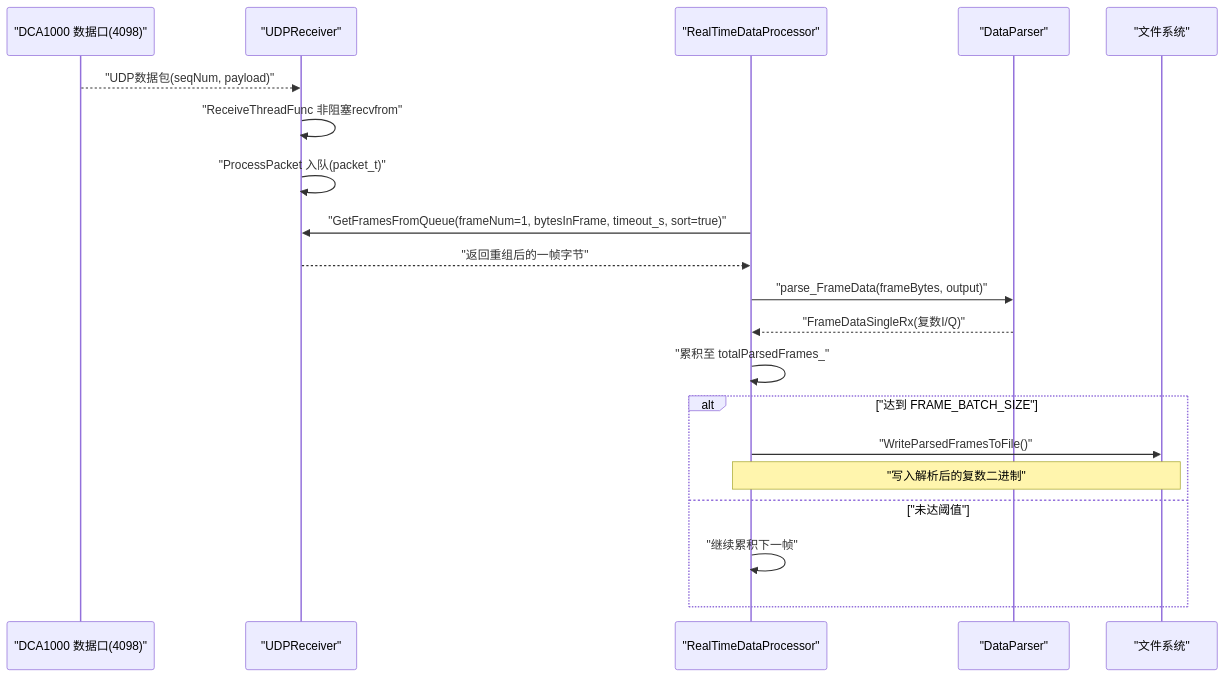
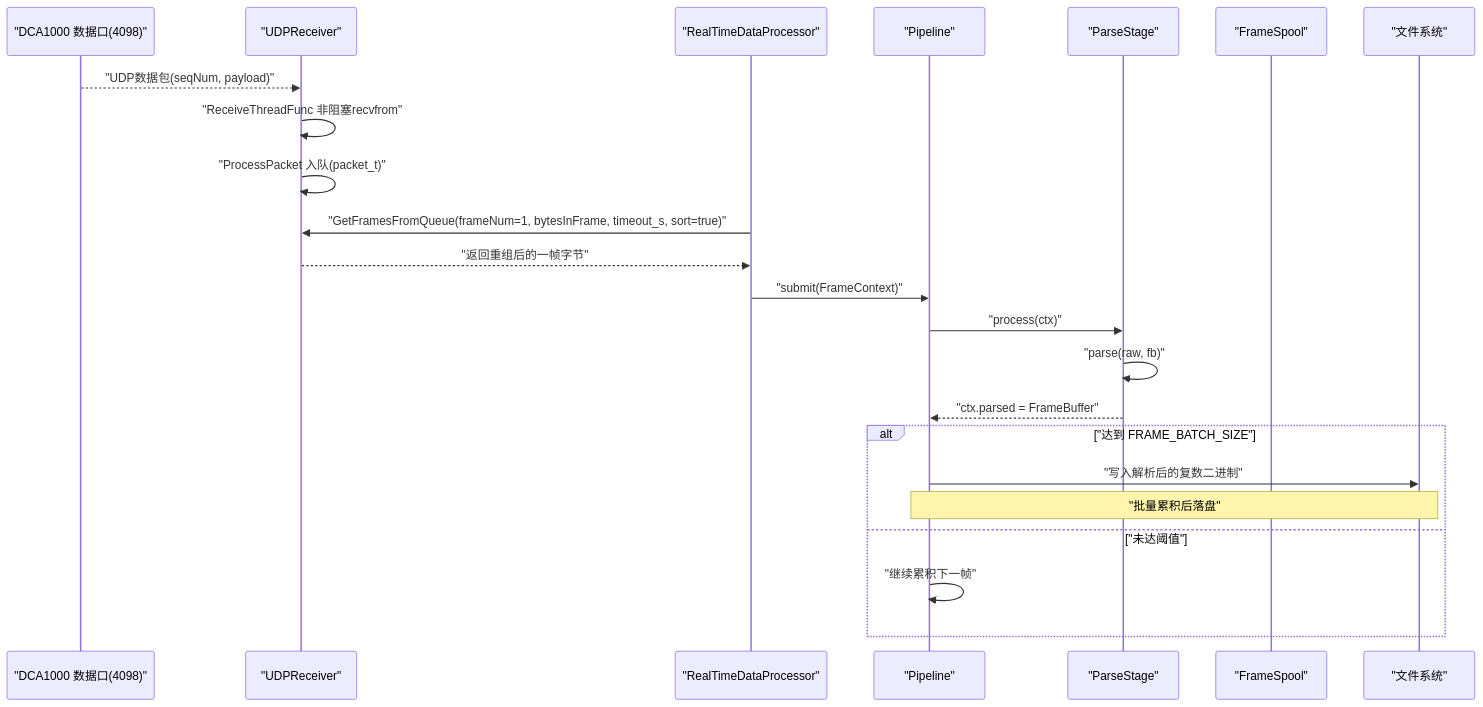
Before and after one commit to Lukad77/awr1843-radar-toolkit: the second of 6 diagrams in .qoder/repowiki/zh/content/实时处理流水线与数据流.md, drawn with Mermaid. The commit also changed other lines of this file and 11 other files, not shown here.

````diff
--- a/.qoder/repowiki/zh/content/实时处理流水线与数据流.md
+++ b/.qoder/repowiki/zh/content/实时处理流水线与数据流.md
@@ -91,22 +191,25 @@
 ```mermaid
 sequenceDiagram
 participant Net as "DCA1000 数据口(4098)"
 participant Recv as "UDPReceiver"
 participant Proc as "RealTimeDataProcessor"
-participant Parse as "DataParser"
+participant Pipe as "Pipeline"
+participant Stage as "ParseStage"
+participant Spool as "FrameSpool"
 participant Disk as "文件系统"
 Net-->>Recv : "UDP数据包(seqNum, payload)"
 Recv->>Recv : "ReceiveThreadFunc 非阻塞recvfrom"
 Recv->>Recv : "ProcessPacket 入队(packet_t)"
 Proc->>Recv : "GetFramesFromQueue(frameNum=1, bytesInFrame, timeout_s, sort=true)"
 Recv-->>Proc : "返回重组后的一帧字节"
-Proc->>Parse : "parse_FrameData(frameBytes, output)"
-Parse-->>Proc : "FrameDataSingleRx(复数I/Q)"
-Proc->>Proc : "累积至 totalParsedFrames_"
+Proc->>Pipe : "submit(FrameContext)"
+Pipe->>Stage : "process(ctx)"
+Stage->>Stage : "parse(raw, fb)"
+Stage-->>Pipe : "ctx.parsed = FrameBuffer"
 alt "达到 FRAME_BATCH_SIZE"
-Proc->>Disk : "WriteParsedFramesToFile()"
-Note over Proc,Disk : "写入解析后的复数二进制"
+Pipe->>Disk : "写入解析后的复数二进制"
+Note over Pipe,Disk : "批量累积后落盘"
 else "未达阈值"
-Proc->>Proc : "继续累积下一帧"
+Pipe->>Pipe : "继续累积下一帧"
 end
 ```
````
